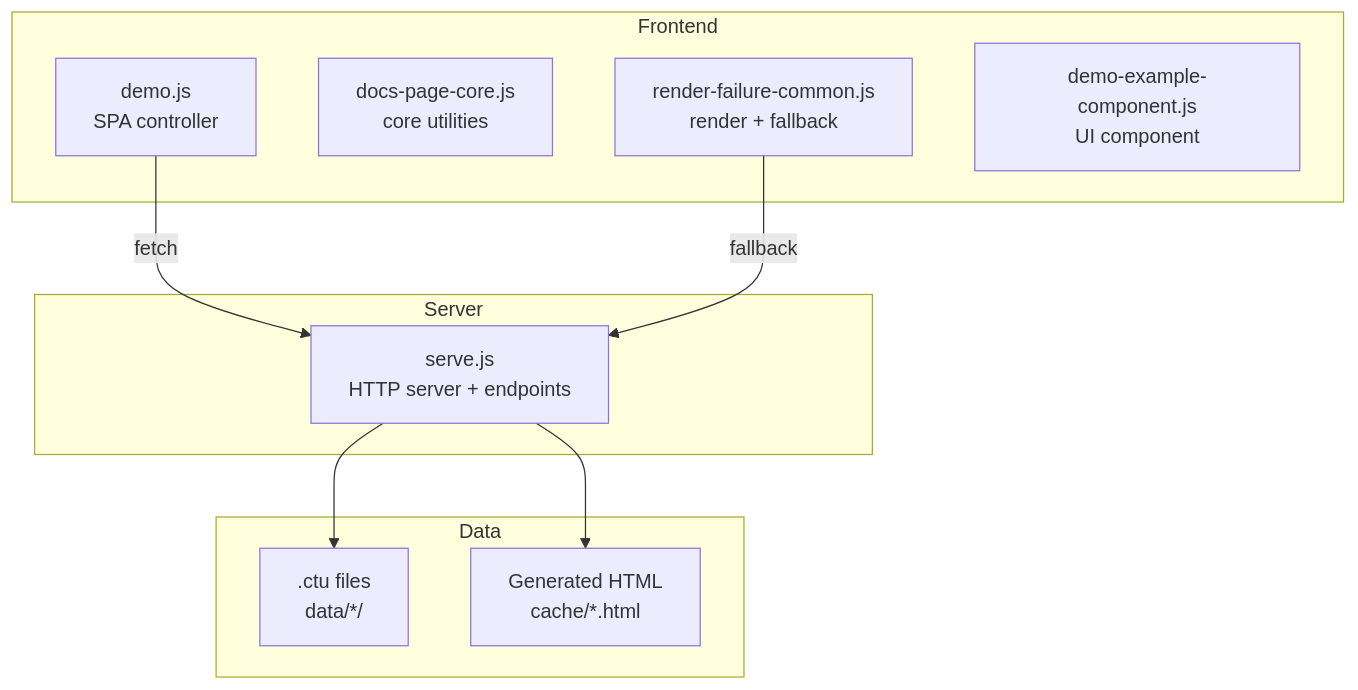
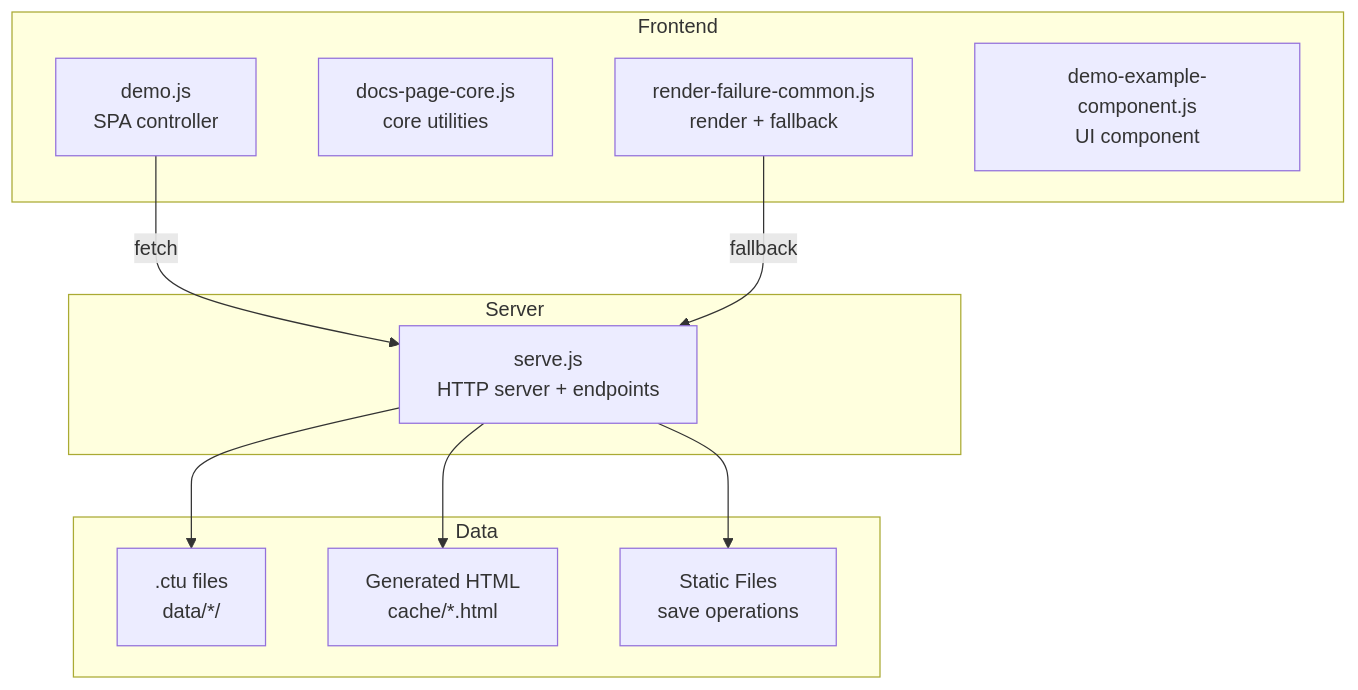
One commit to pingwurth/code-to-uml changed the first of 3 diagrams in .qoder/repowiki/en/content/API Reference/API Reference.md. Above: the diagram before and after it, drawn with Mermaid. The commit also changed other lines of this file and 21 other files, not shown here.

Commit message:
chore(docs): 删除 Code-To-UML 介绍文档

````diff
--- a/.qoder/repowiki/en/content/API Reference/API Reference.md
+++ b/.qoder/repowiki/en/content/API Reference/API Reference.md
@@ -39,20 +49,22 @@
 ```mermaid
 graph TB
 subgraph "Server"
 S["serve.js<br/>HTTP server + endpoints"]
 end
 subgraph "Frontend"
 D["demo.js<br/>SPA controller"]
 C1["docs-page-core.js<br/>core utilities"]
 C2["render-failure-common.js<br/>render + fallback"]
 C3["demo-example-component.js<br/>UI component"]
 end
 subgraph "Data"
 T[".ctu files<br/>data/*/"]
 H["Generated HTML<br/>cache/*.html"]
+SF["Static Files<br/>save operations"]
 end
 D --> |fetch| S
 C2 --> |fallback| S
 S --> T
 S --> H
+S --> SF
 ```
````
